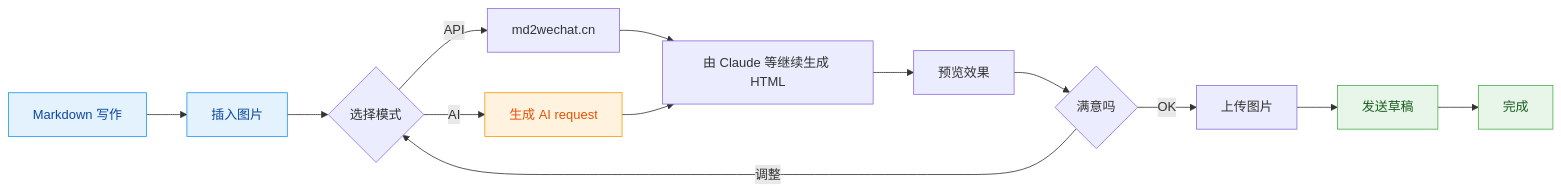
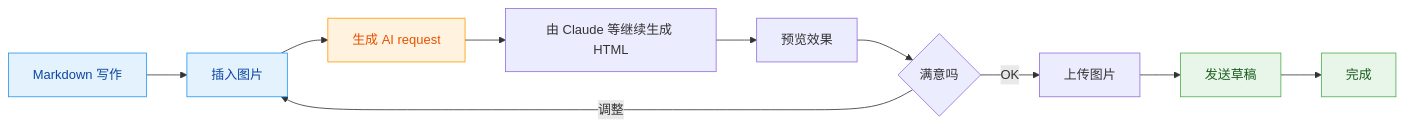
The second of 5 diagrams in README.md (geekjourneyx/md2wechat-skill), drawn with Mermaid before and after one commit. The commit also changed other lines of this file and 14 other files, not shown here.

````diff
--- a/README.md
+++ b/README.md
@@ -289,28 +275,24 @@
 ```mermaid
 flowchart LR
     A1[Markdown 写作] --> A2[插入图片]
-    A2 --> B1{选择模式}
+    A2 --> B3[生成 AI request]
 
-    B1 -->|API| B2[md2wechat.cn]
-    B1 -->|AI| B3[生成 AI request]
-
-    B2 --> B4[HTML 生成]
     B3 --> B4[由 Claude 等继续生成 HTML]
 
     B4 --> C1[预览效果]
     C1 --> C2{满意吗}
 
-    C2 -->|调整| B1
+    C2 -->|调整| A2
     C2 -->|OK| C3[上传图片]
     C3 --> C4[发送草稿]
     C4 --> C5[完成]
 
     classDef write fill:#e3f2fd,stroke:#2196f3,color:#0d47a1
     classDef ai fill:#fff3e0,stroke:#ff9800,color:#e65100
     classDef done fill:#e8f5e9,stroke:#4caf50,color:#1b5e20
     classDef success fill:#c8e6c9,stroke:#4caf50,color:#1b5e20
 
     class A1,A2 write
     class B3 ai
     class C4,C5 done
 ```
````
